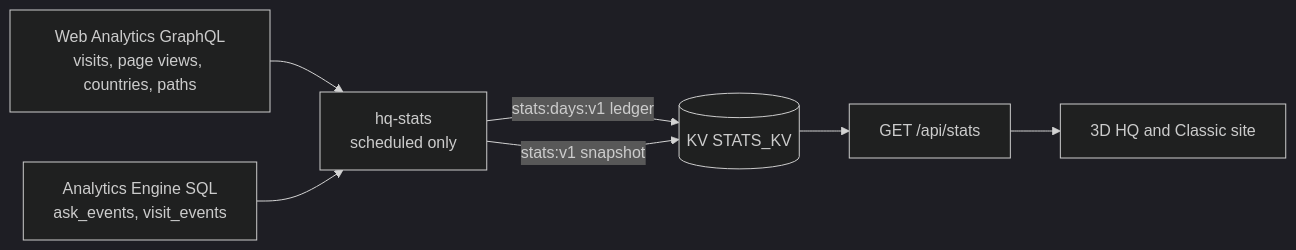
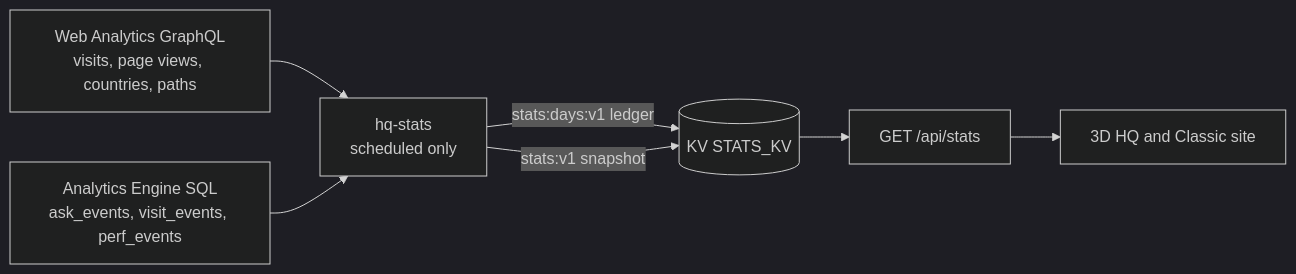
Before and after one commit to ShinyQ/ShinyQ-HQ: the diagram in workers/stats/README.md, drawn with Mermaid (dark theme). The commit also changed other lines of this file and 14 other files, not shown here.

Commit message:
feat(stats): optional perf block from perf_events in the daily snapshot

````diff
--- a/workers/stats/README.md
+++ b/workers/stats/README.md
@@ -7,8 +7,8 @@
 ```mermaid
 flowchart LR
   WA[Web Analytics GraphQL<br/>visits, page views, countries, paths] --> W[hq-stats<br/>scheduled only]
-  AE[Analytics Engine SQL<br/>ask_events, visit_events] --> W
+  AE[Analytics Engine SQL<br/>ask_events, visit_events, perf_events] --> W
   W -->|stats:days:v1 ledger| KV[(KV STATS_KV)]
   W -->|stats:v1 snapshot| KV
   KV --> F[GET /api/stats] --> C[3D HQ and Classic site]
 ```
````
